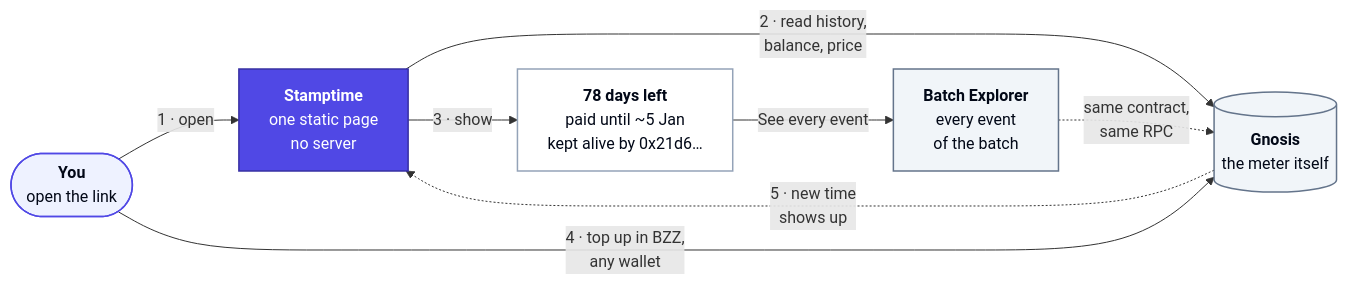
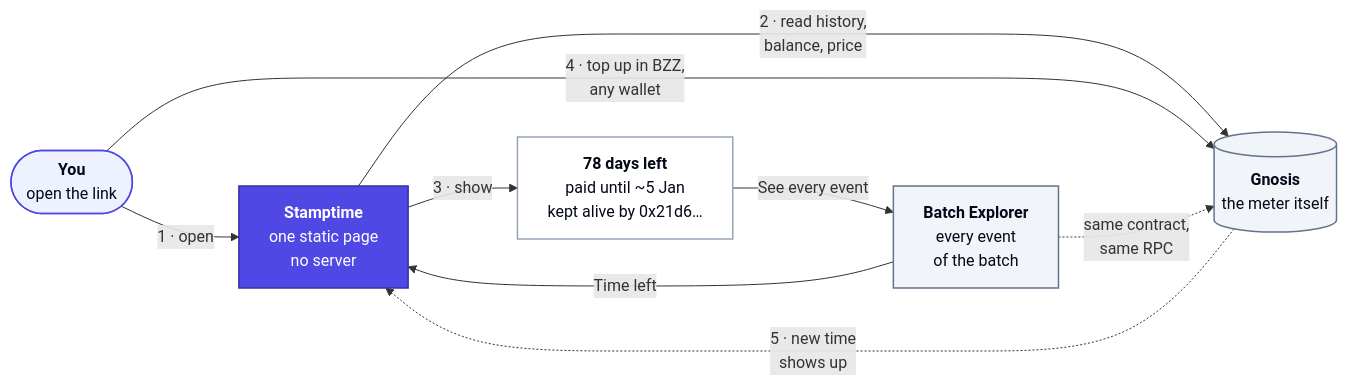
One commit to tonytony32/stamptime changed the first of 2 diagrams in README.md. Above: the diagram before and after it, drawn with Mermaid. The commit also changed other lines of this file and 1 other file, not shown here.

````diff
--- a/README.md
+++ b/README.md
@@ -22,25 +22,26 @@
 ```mermaid
 flowchart LR
   you(["<b>You</b><br/>open the link"])
   page["<b>Stamptime</b><br/>one static page<br/>no server"]
   chain[("<b>Gnosis</b><br/>the meter itself")]
   screen["<b>78 days left</b><br/>paid until ~5 Jan<br/>kept alive by 0x21d6…"]
   explorer["<b>Batch Explorer</b><br/>every event<br/>of the batch"]
 
   you -- "1 · open" --> page
   page -- "2 · read history,<br/>balance, price" --> chain
   page -- "3 · show" --> screen
   you -- "4 · top up in BZZ,<br/>any wallet" --> chain
   chain -. "5 · new time<br/>shows up" .-> page
   screen -- "See every event" --> explorer
+  explorer -- "Time left" --> page
   explorer -. "same contract,<br/>same RPC" .-> chain
 
   classDef person fill:#EEF2FF,stroke:#5048E5,stroke-width:1.5px,color:#020817
   classDef star fill:#5048E5,stroke:#3730A3,stroke-width:1.5px,color:#FFFFFF
   classDef plain fill:#F1F5F9,stroke:#64748B,stroke-width:1.5px,color:#020817
   classDef card fill:#FFFFFF,stroke:#94A3B8,stroke-width:1.5px,color:#020817
   class you person
   class page star
   class chain,explorer plain
   class screen card
 ```
````
